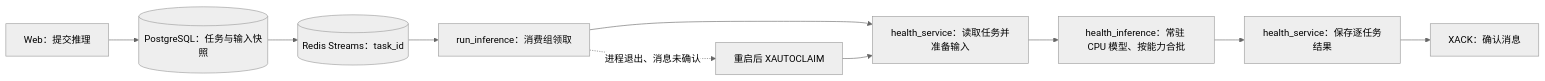
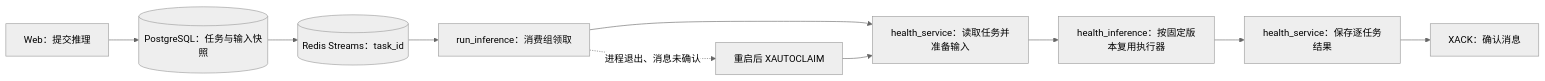
The diagram in docs/architecture/backend-architecture.md (rainInfinity/health-service), drawn with Mermaid (neutral theme) before and after one commit. The commit also changed other lines of this file and 4 other files, not shown here.

````diff
--- a/docs/architecture/backend-architecture.md
+++ b/docs/architecture/backend-architecture.md
@@ -97,12 +115,12 @@
 ```mermaid
 flowchart LR
     A["Web：提交推理"] --> B[("PostgreSQL：任务与输入快照")]
     B --> C[("Redis Streams：task_id")]
     C --> D["run_inference：消费组领取"]
     D --> E["health_service：读取任务并准备输入"]
-    E --> F["health_inference：常驻 CPU 模型、按能力合批"]
+    E --> F["health_inference：按固定版本复用执行器"]
     F --> G["health_service：保存逐任务结果"]
     G --> H["XACK：确认消息"]
     D -. "进程退出、消息未确认" .-> I["重启后 XAUTOCLAIM"]
     I --> E
 ```
````
